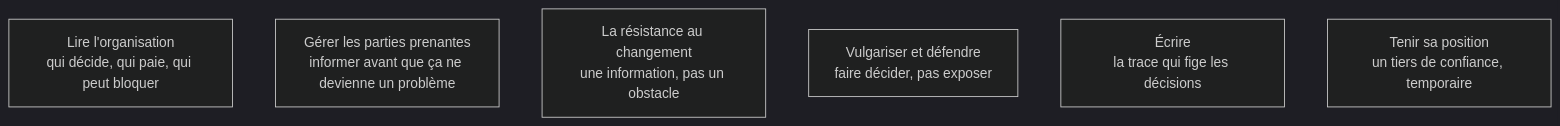
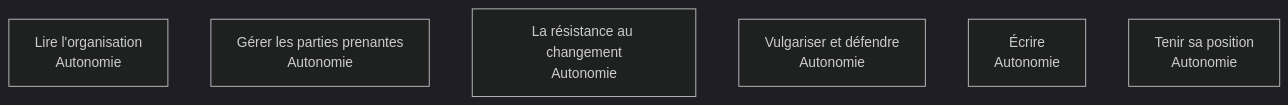
One commit to floSa/Atlas-Metiers-Roadmaps changed the diagram in content/parcours/forward-deployed-engineer/competences-relationnelles/index.md. Above: the diagram before and after it, drawn with Mermaid (dark theme). The commit also changed 6 other files, not shown here.

````diff
--- a/content/parcours/forward-deployed-engineer/competences-relationnelles/index.md
+++ b/content/parcours/forward-deployed-engineer/competences-relationnelles/index.md
@@ -11,16 +11,16 @@
 ```mermaid
 flowchart TD
-  L["Lire l'organisation<br/>qui décide, qui paie, qui peut bloquer"]
-  S["Gérer les parties prenantes<br/>informer avant que ça ne devienne un problème"]
-  R["La résistance au changement<br/>une information, pas un obstacle"]
-  V["Vulgariser et défendre<br/>faire décider, pas exposer"]
-  E["Écrire<br/>la trace qui fige les décisions"]
-  P["Tenir sa position<br/>un tiers de confiance, temporaire"]
+  L["Lire l'organisation<br/>Autonomie"]
+  S["Gérer les parties prenantes<br/>Autonomie"]
+  R["La résistance au changement<br/>Autonomie"]
+  V["Vulgariser et défendre<br/>Autonomie"]
+  E["Écrire<br/>Autonomie"]
+  P["Tenir sa position<br/>Autonomie"]
 
   click L "/parcours/forward-deployed-engineer/competences-relationnelles/lire-l-organisation"
   click S "/parcours/forward-deployed-engineer/competences-relationnelles/gerer-les-parties-prenantes"
   click R "/parcours/forward-deployed-engineer/competences-relationnelles/la-resistance-au-changement"
   click V "/parcours/forward-deployed-engineer/competences-relationnelles/vulgariser-et-defendre"
   click E "/parcours/forward-deployed-engineer/competences-relationnelles/ecrire"
   click P "/parcours/forward-deployed-engineer/competences-relationnelles/tenir-sa-position"
 ```
````
